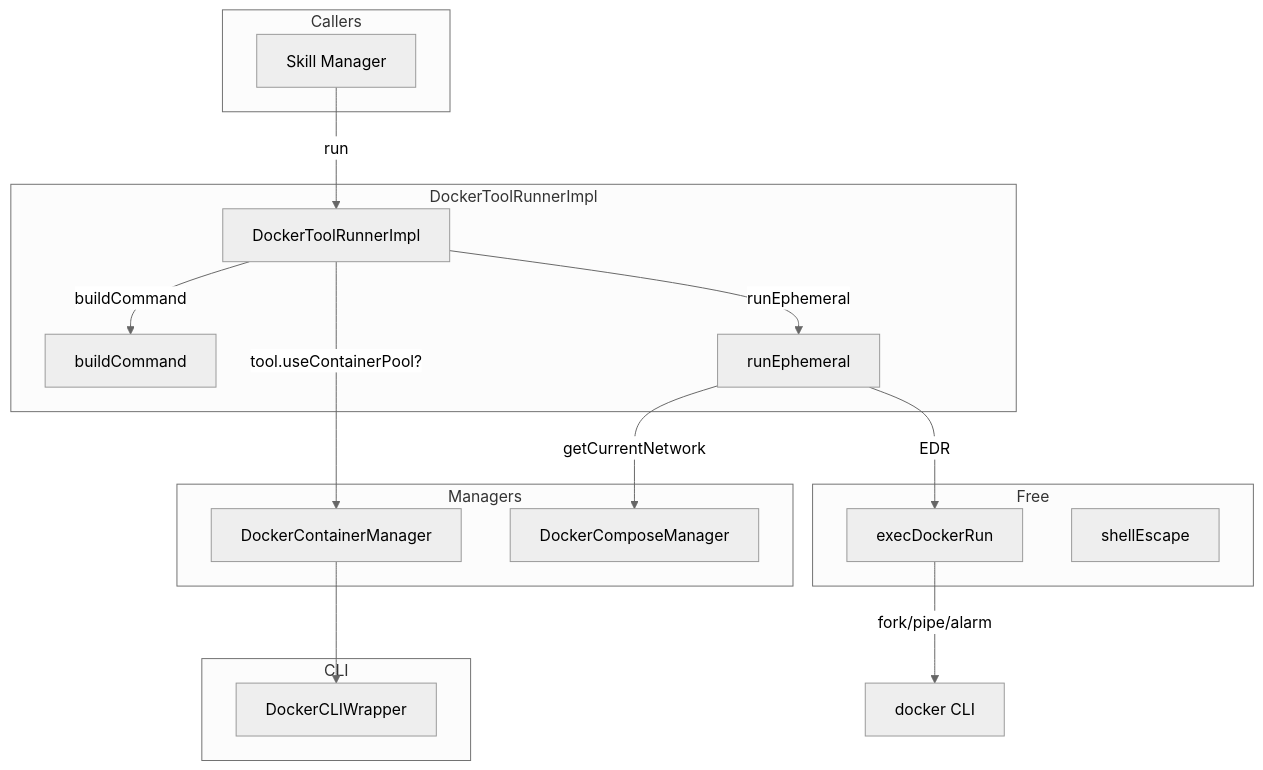
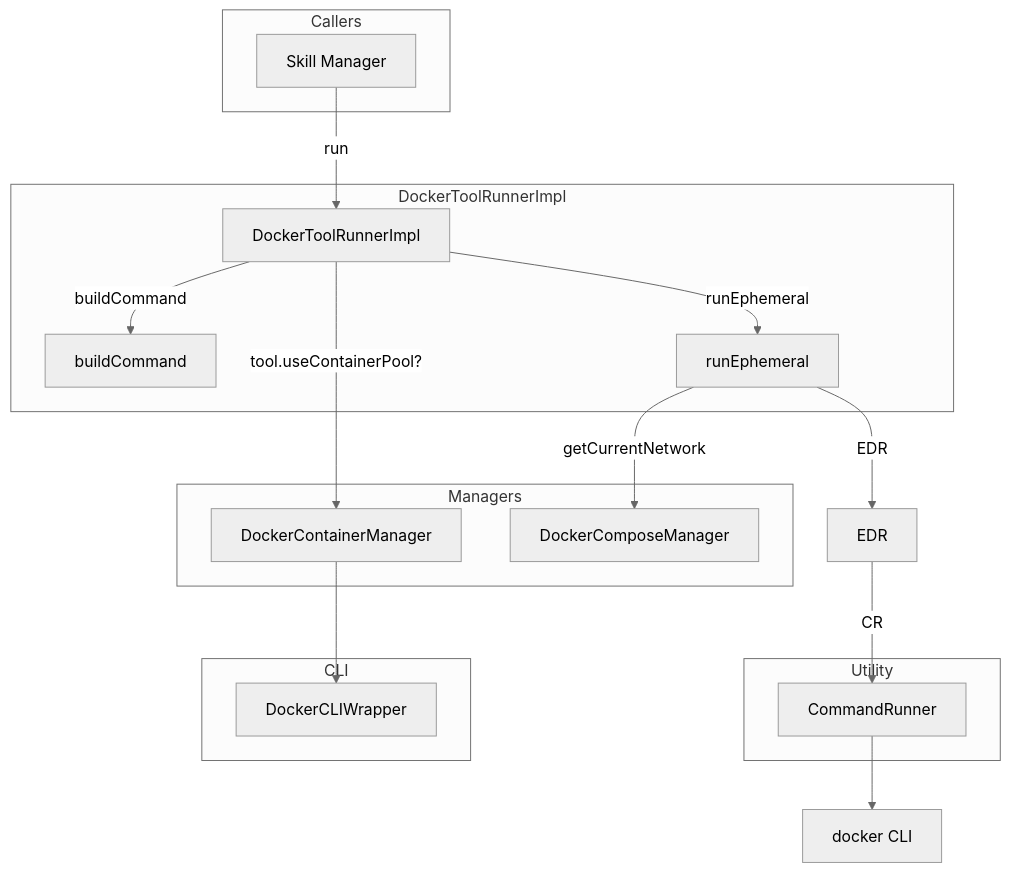
The first of 2 diagrams in src/docker/docker_tool_runner.spec.md (opensassi/a0), drawn with Mermaid (neutral theme) before and after one commit. The commit also changed other lines of this file and 40 other files, not shown here.

Commit message:
2026-05-29-skills-persistence-command-runner-18e71a0dbffe4Aco1VAu5qiYN7

````diff
--- a/src/docker/docker_tool_runner.spec.md
+++ b/src/docker/docker_tool_runner.spec.md
@@ -84,35 +78,35 @@
 ```mermaid
 graph TB
     subgraph Callers
         SM[Skill Manager]
     end
 
     subgraph DockerToolRunnerImpl
         DTR[DockerToolRunnerImpl]
         BC[buildCommand]
         RE[runEphemeral]
     end
 
     subgraph Managers
         CM[DockerContainerManager]
         CompM[DockerComposeManager]
     end
 
-    subgraph Free
-        EDR[execDockerRun]
-        SE[shellEscape]
+    subgraph Utility
+        CR[CommandRunner]
     end
 
     subgraph CLI
         DCW[DockerCLIWrapper]
     end
 
     SM -->|run| DTR
     DTR -->|buildCommand| BC
     DTR -->|tool.useContainerPool?| CM
     DTR -->|runEphemeral| RE
     RE -->|EDR| EDR
     RE -->|getCurrentNetwork| CompM
-    EDR -->|fork/pipe/alarm| Docker[docker CLI]
+    EDR -->|CR| CR
+    CR --> Docker[docker CLI]
     CM --> DCW
 ```
````
